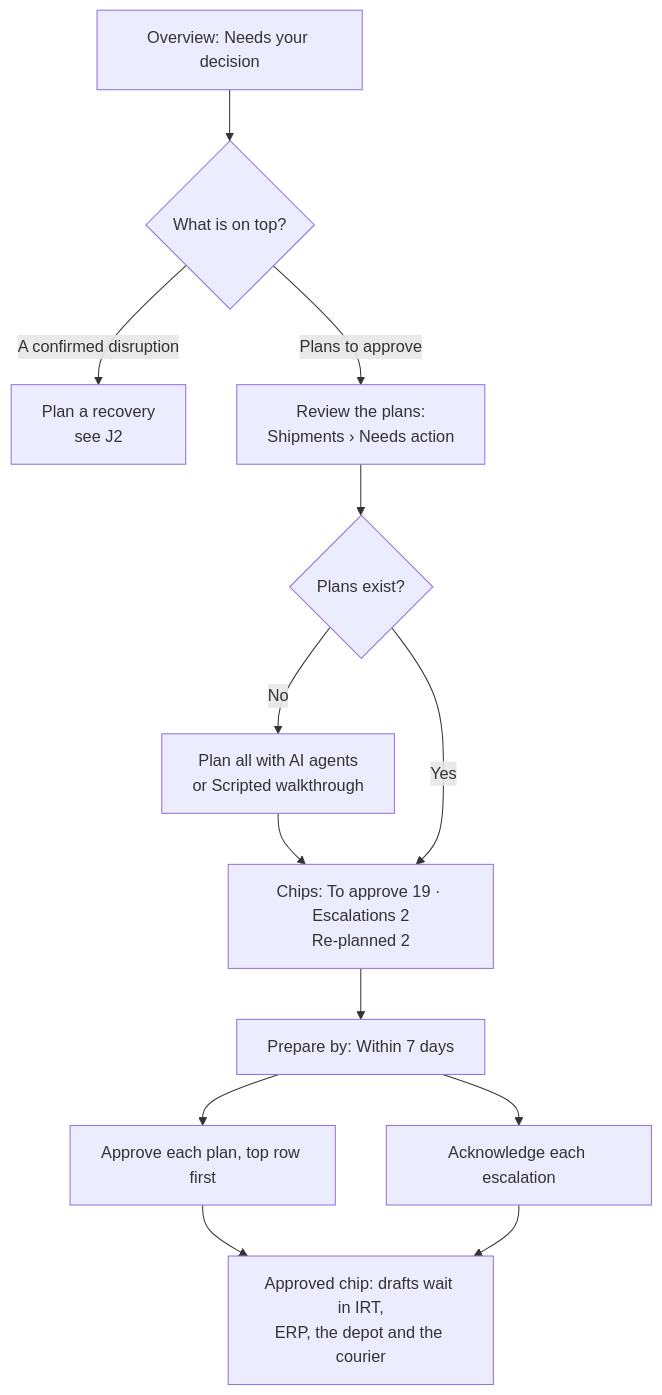
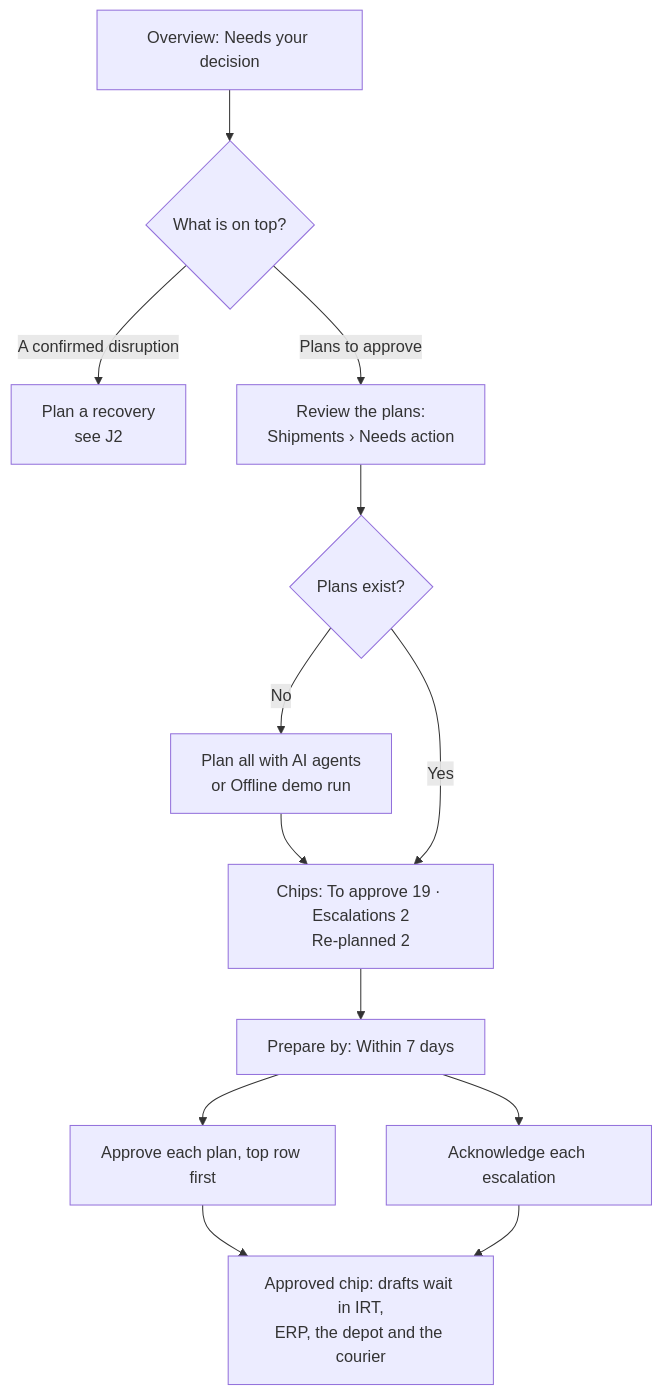
Before and after one commit to Gpanaritis/ClinRadar: the second of 7 diagrams in RegChain-AI-User-Journeys.md, drawn with Mermaid. The commit also changed other lines of this file and 7 other files, not shown here.

````diff
--- a/RegChain-AI-User-Journeys.md
+++ b/RegChain-AI-User-Journeys.md
@@ -130,15 +130,15 @@
 ```mermaid
 flowchart TD
   A[Overview: Needs your decision] --> B{What is on top?}
   B -->|A confirmed disruption| C[Plan a recovery<br/>see J2]
   B -->|Plans to approve| D[Review the plans:<br/>Shipments › Needs action]
   D --> E{Plans exist?}
-  E -->|No| F[Plan all with AI agents<br/>or Scripted walkthrough]
+  E -->|No| F[Plan all with AI agents<br/>or Offline demo run]
   F --> G[Chips: To approve 19 · Escalations 2<br/>Re-planned 2]
   E -->|Yes| G
   G --> H[Prepare by: Within 7 days]
   H --> I[Approve each plan, top row first]
   H --> K[Acknowledge each escalation]
   I --> J[Approved chip: drafts wait in IRT,<br/>ERP, the depot and the courier]
   K --> J
 ```
````
